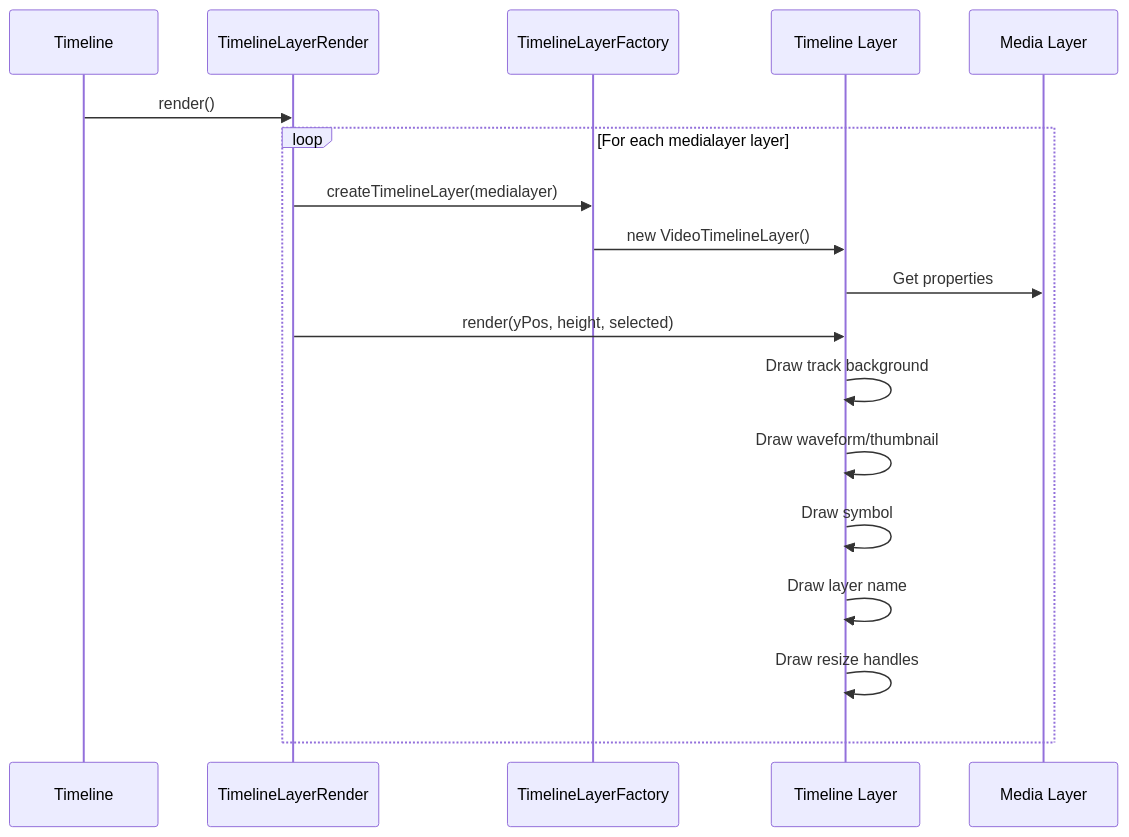
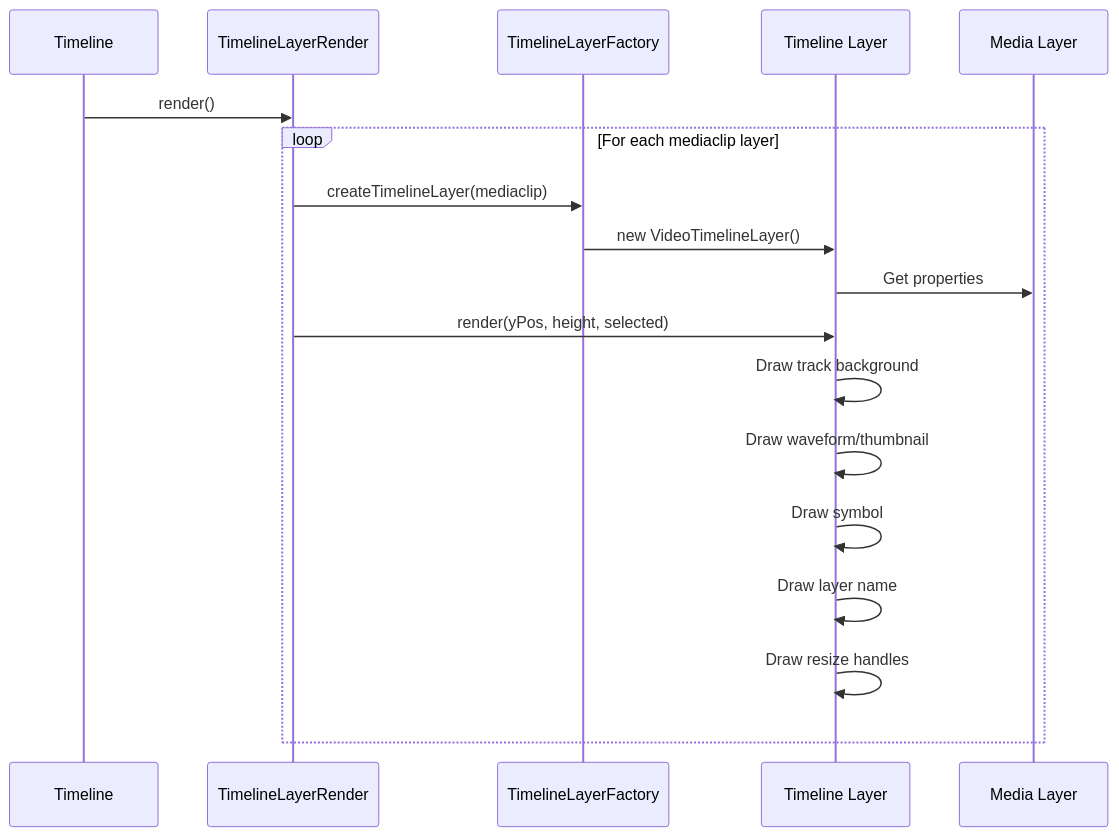
One commit to apssouza22/web-video-edit changed the third of 15 diagrams in docs/architecture/05-timeline-layers.md. Above: the diagram before and after it, drawn with Mermaid. The commit also changed other lines of this file and 78 other files, not shown here.

````diff
--- a/docs/architecture/05-timeline-layers.md
+++ b/docs/architecture/05-timeline-layers.md
@@ -206,22 +206,22 @@
 ```mermaid
 sequenceDiagram
     participant Timeline
     participant Render as TimelineLayerRender
     participant Factory as TimelineLayerFactory
     participant TLLayer as Timeline Layer
     participant Media as Media Layer
 
     Timeline->>Render: render()
     
-    loop For each medialayer layer
-        Render->>Factory: createTimelineLayer(medialayer)
+    loop For each mediaclip layer
+        Render->>Factory: createTimelineLayer(mediaclip)
         Factory->>TLLayer: new VideoTimelineLayer()
         TLLayer->>Media: Get properties
         Render->>TLLayer: render(yPos, height, selected)
         TLLayer->>TLLayer: Draw track background
         TLLayer->>TLLayer: Draw waveform/thumbnail
         TLLayer->>TLLayer: Draw symbol
         TLLayer->>TLLayer: Draw layer name
         TLLayer->>TLLayer: Draw resize handles
     end
 ```
````
